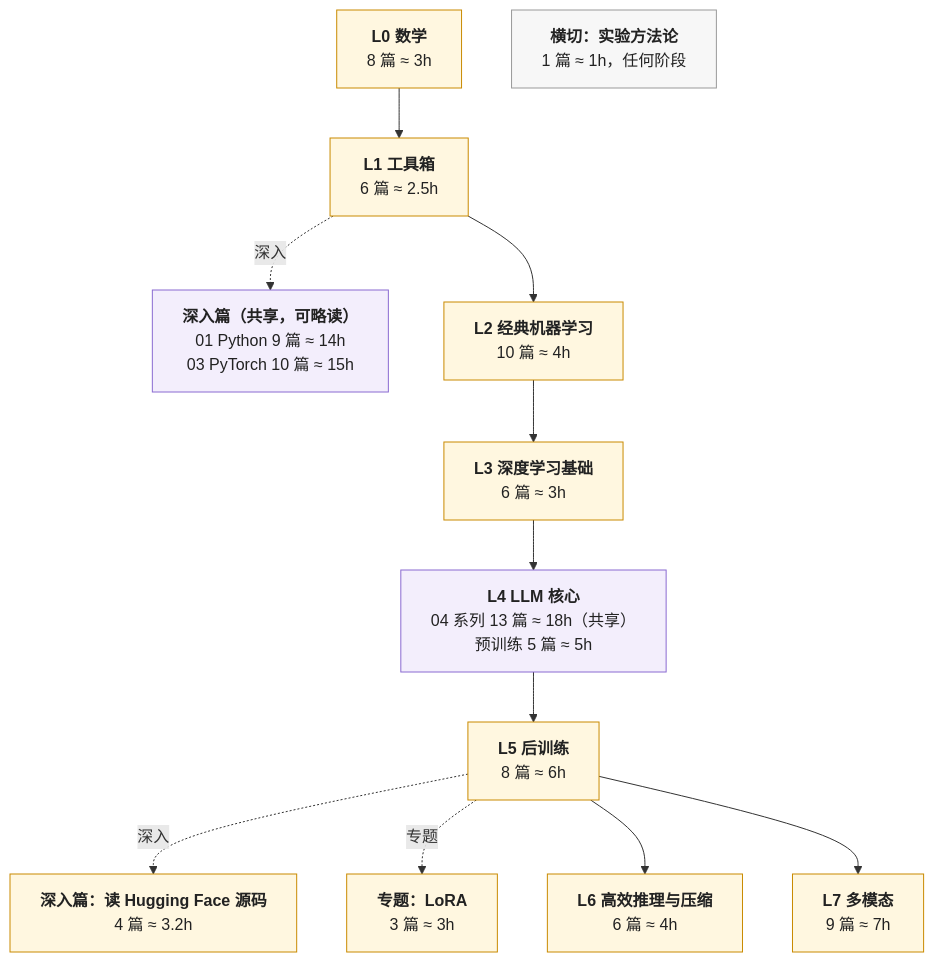
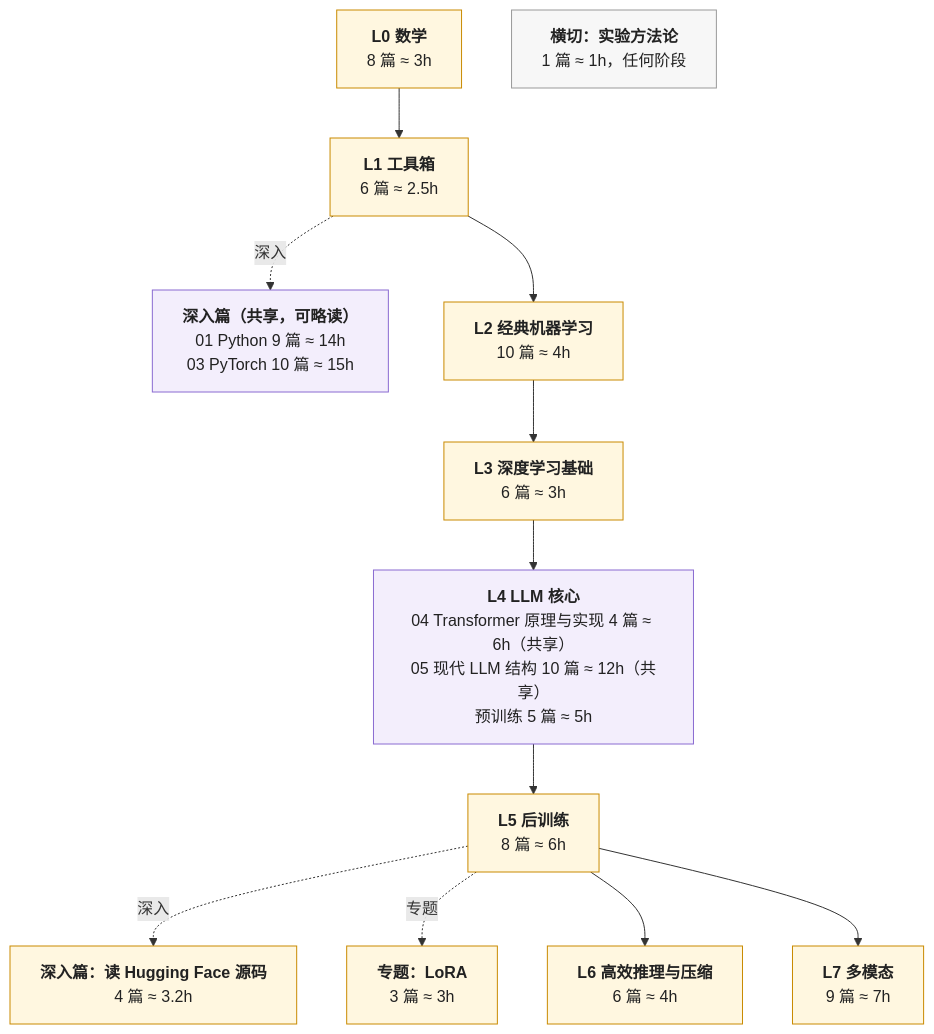
One commit to arganzheng/arganzheng.github.com changed the second of 2 diagrams in _posts/2026-01-02-ai-algorithm-engineer-learning-roadmap.md. Above: the diagram before and after it, drawn with Mermaid. The commit also changed other lines of this file and 77 other files, not shown here.

Commit message:
更新学习地图与全站系列交叉引用

````diff
--- a/_posts/2026-01-02-ai-algorithm-engineer-learning-roadmap.md
+++ b/_posts/2026-01-02-ai-algorithm-engineer-learning-roadmap.md
@@ -89,44 +89,45 @@
 ```mermaid
 %%{init: {"flowchart": {"wrappingWidth": 260}}}%%
 %% 图：学习路径：L0–L7 八层加横切，紫色两处与 Infra 地图共享
 flowchart TB
     L0["`**L0 数学**
 8 篇 ≈ 3h`"]
     L1["`**L1 工具箱**
 6 篇 ≈ 2.5h`"]
     D["`**深入篇（共享，可略读）**
 01 Python 9 篇 ≈ 14h
 03 PyTorch 10 篇 ≈ 15h`"]
     L2["`**L2 经典机器学习**
 10 篇 ≈ 4h`"]
     L3["`**L3 深度学习基础**
 6 篇 ≈ 3h`"]
     L4["`**L4 LLM 核心**
-04 系列 13 篇 ≈ 18h（共享）
+04 Transformer 原理与实现 4 篇 ≈ 6h（共享）
+05 现代 LLM 结构 10 篇 ≈ 12h（共享）
 预训练 5 篇 ≈ 5h`"]
     L5["`**L5 后训练**
 8 篇 ≈ 6h`"]
     H["`**深入篇：读 Hugging Face 源码**
 4 篇 ≈ 3.2h`"]
     LR["`**专题：LoRA**
 3 篇 ≈ 3h`"]
     L6["`**L6 高效推理与压缩**
 6 篇 ≈ 4h`"]
     L7["`**L7 多模态**
 9 篇 ≈ 7h`"]
     X["`**横切：实验方法论**
 1 篇 ≈ 1h，任何阶段`"]
     L0 --> L1 --> L2 --> L3 --> L4 --> L5
     L1 -. 深入 .-> D
     L5 -. 深入 .-> H
     L5 -. 专题 .-> LR
     L5 --> L6
     L5 --> L7
 
     classDef algo fill:#fff7e0,stroke:#c98a00,stroke-width:1px,color:#222
     classDef shared fill:#f3eefc,stroke:#8a6bd1,stroke-width:1px,color:#222
     classDef cross fill:#f7f7f7,stroke:#999,stroke-width:1px,color:#222
     class L0,L1,L2,L3,L5,L6,L7,H,LR algo
     class D,L4 shared
     class X cross
 ```
````
